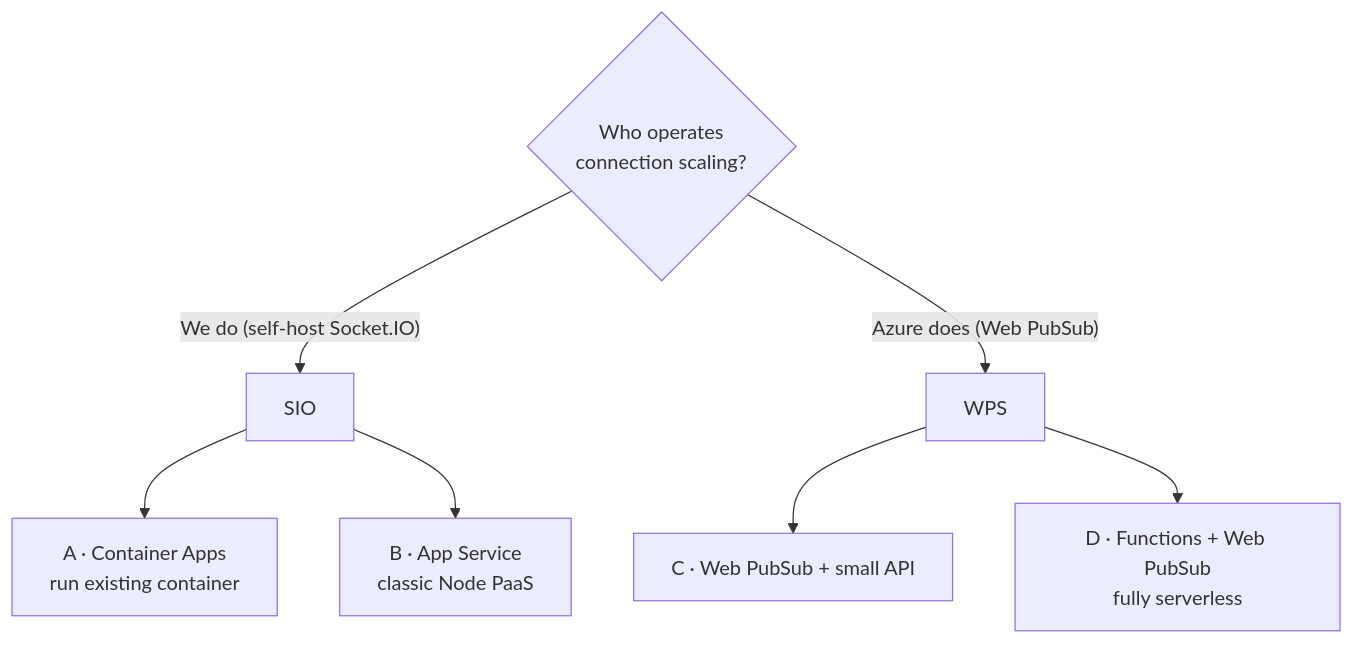
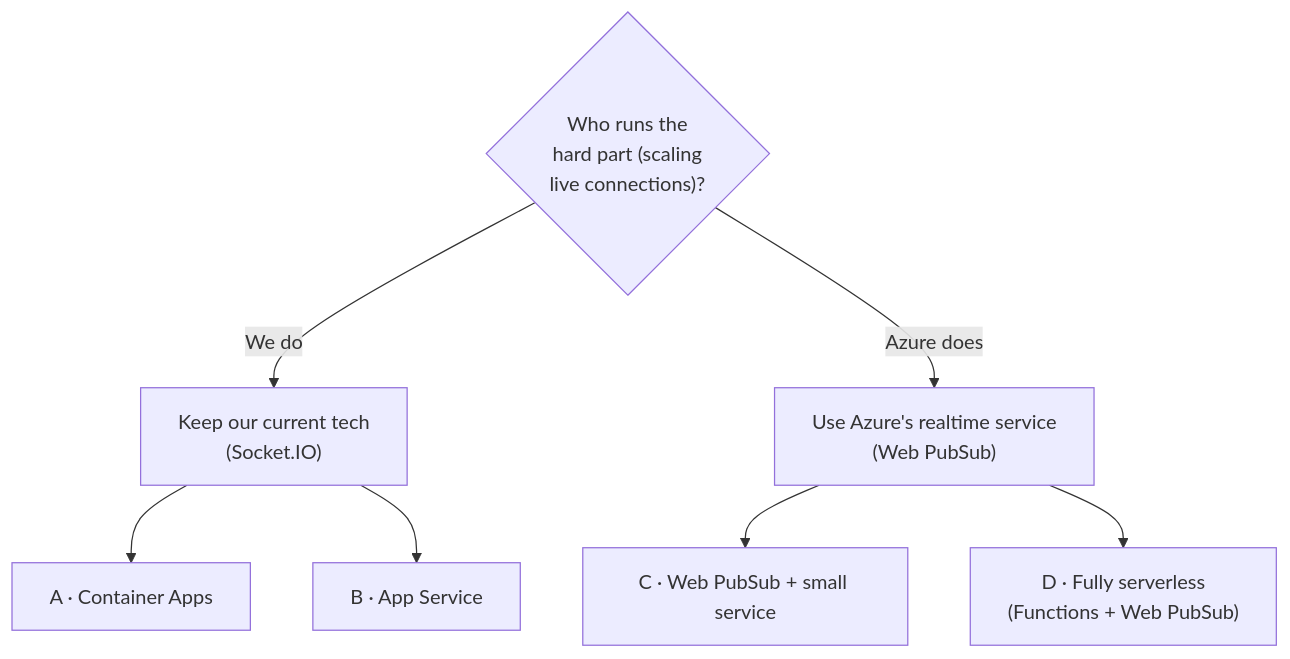
One commit to WhiTeXCharGe/TF_Testing changed the third of 9 diagrams in GanttChartEditor/GanttChartEditor_OnlineCollabAzure_Presentation20260904.md. Above: the diagram before and after it, drawn with Mermaid. The commit also changed other lines of this file and 1 other file, not shown here.

First line of the commit message:
Rewrite online-collab Azure presentation for a non-technical audience; add JP version

````diff
--- a/GanttChartEditor/GanttChartEditor_OnlineCollabAzure_Presentation20260904.md
+++ b/GanttChartEditor/GanttChartEditor_OnlineCollabAzure_Presentation20260904.md
@@ -61,10 +61,10 @@
 ```mermaid
 flowchart TD
-  Q{"Who operates<br/>connection scaling?"}
-  Q -- "We do (self-host Socket.IO)" --> SIO
-  Q -- "Azure does (Web PubSub)" --> WPS
-  SIO --> A["A · Container Apps<br/>run existing container"]
-  SIO --> B["B · App Service<br/>classic Node PaaS"]
-  WPS --> C["C · Web PubSub + small API"]
-  WPS --> D["D · Functions + Web PubSub<br/>fully serverless"]
+  Q{"Who runs the<br/>hard part (scaling<br/>live connections)?"}
+  Q -- "We do" --> SIO["Keep our current tech<br/>(Socket.IO)"]
+  Q -- "Azure does" --> WPS["Use Azure's realtime service<br/>(Web PubSub)"]
+  SIO --> A["A · Container Apps"]
+  SIO --> B["B · App Service"]
+  WPS --> C["C · Web PubSub + small service"]
+  WPS --> D["D · Fully serverless<br/>(Functions + Web PubSub)"]
 ```
````
